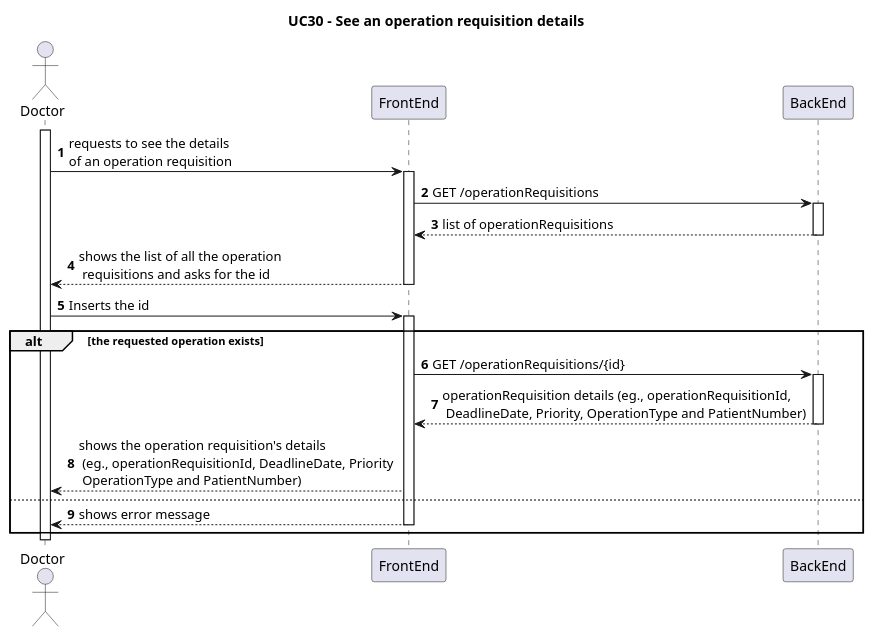
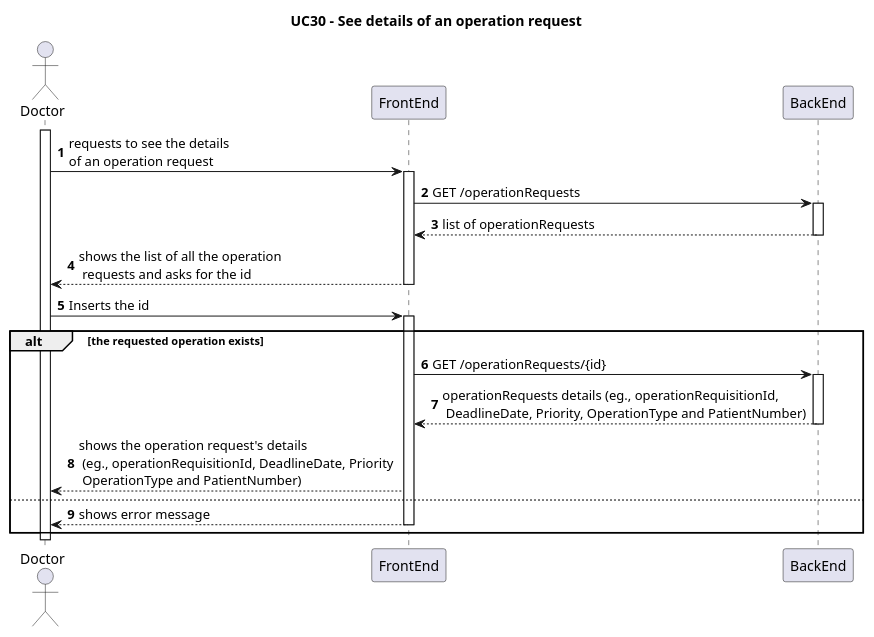
The diagram in Wiki/SprintA/diagrams/use-cases/30-see-operation-requests-details/level2/process-view.puml (MiguelCardoso77/SurgicalSync-BackEnd), drawn with PlantUML before and after one commit. The commit also changed 17 other files, not shown here.

```diff
--- a/Wiki/SprintA/diagrams/use-cases/30-see-operation-requests-details/level2/process-view.puml
+++ b/Wiki/SprintA/diagrams/use-cases/30-see-operation-requests-details/level2/process-view.puml
@@ -1,54 +1,54 @@
 @startuml
 autonumber
 
-Title "UC30 - See an operation requisition details"
+Title "UC30 - See details of an operation request"
 
 actor "Doctor" as D
 participant "FrontEnd" as FE
 participant "BackEnd" as BE
 
 activate D
 
-D -> FE: requests to see the details \nof an operation requisition 
+D -> FE: requests to see the details \nof an operation request 
 
     activate FE
     
-    FE -> BE : GET /operationRequisitions
+    FE -> BE : GET /operationRequests
     
     activate BE
     
-    BE --> FE : list of operationRequisitions
+    BE --> FE : list of operationRequests
     
     deactivate BE
     
-    FE --> D : shows the list of all the operation \n requisitions and asks for the id
+    FE --> D : shows the list of all the operation \n requests and asks for the id
     
     deactivate FE
     
     D -> FE : Inserts the id
     
     alt the requested operation exists
     
     activate FE
     
-    FE -> BE : GET /operationRequisitions/{id}
+    FE -> BE : GET /operationRequests/{id}
     
     activate BE
     
-    BE --> FE : operationRequisition details (eg., operationRequisitionId, \n DeadlineDate, Priority, OperationType and PatientNumber)
+    BE --> FE : operationRequests details (eg., operationRequisitionId, \n DeadlineDate, Priority, OperationType and PatientNumber)
     
     deactivate BE
     
-    FE --> D: shows the operation requisition's details \n (eg., operationRequisitionId, DeadlineDate, Priority \n OperationType and PatientNumber) 
+    FE --> D: shows the operation request's details \n (eg., operationRequisitionId, DeadlineDate, Priority \n OperationType and PatientNumber) 
         
     else
     
     FE --> D : shows error message
     
     deactivate FE
     
     end   
     
 deactivate D
 
 @enduml
```
